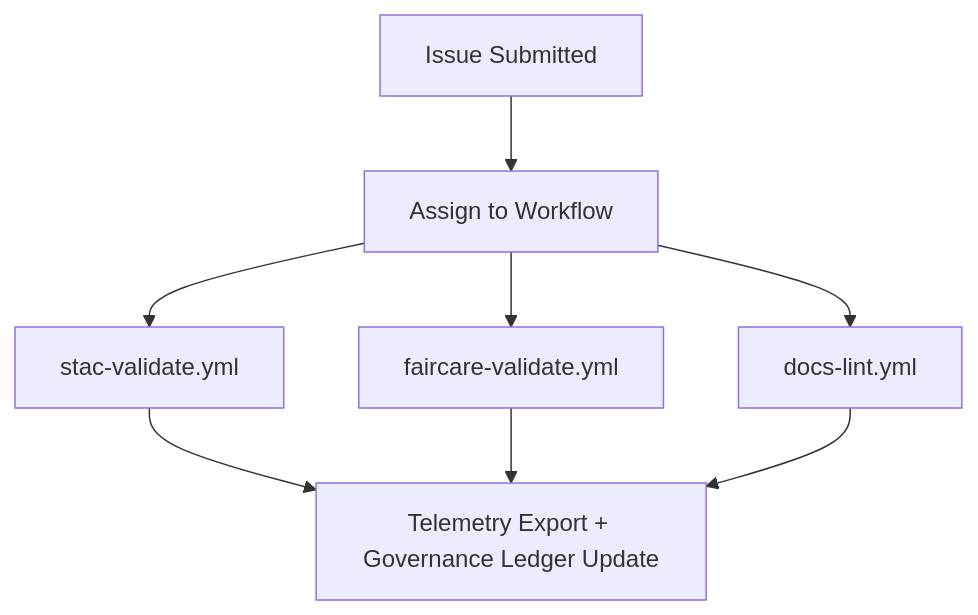
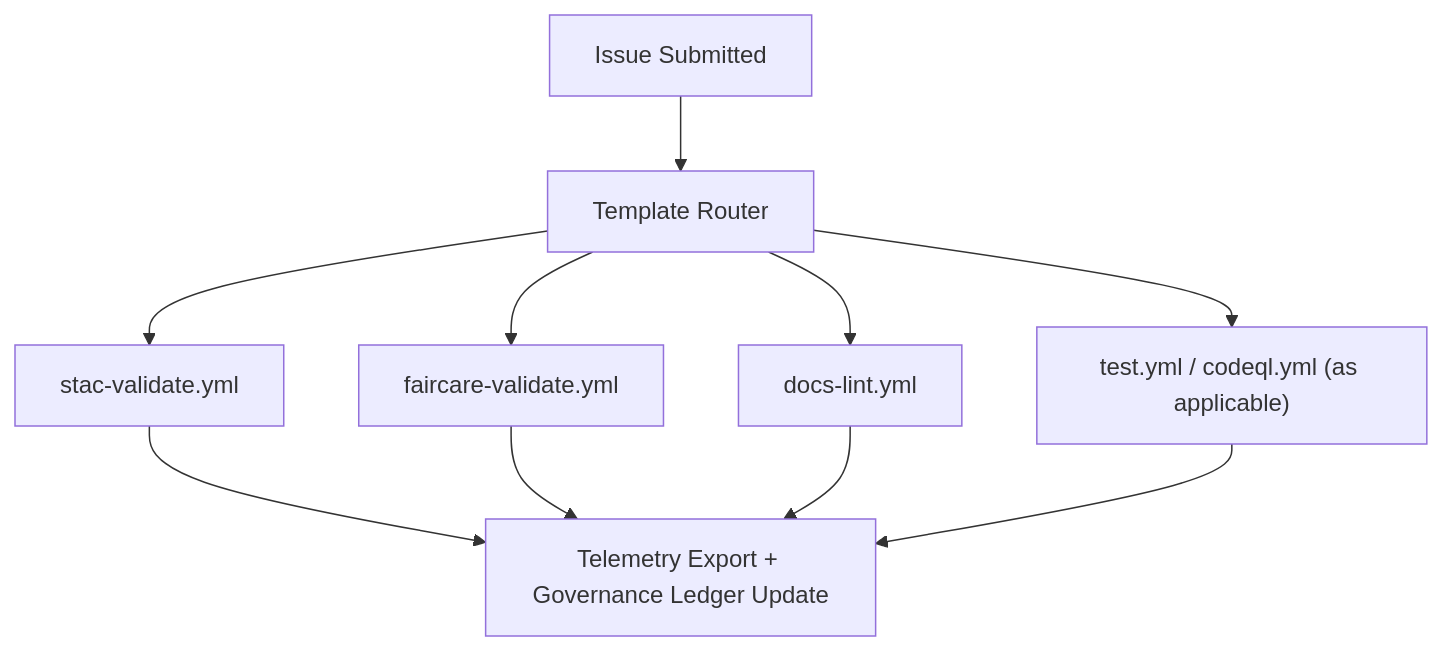
One commit to bartytime4life/Kansas-Frontier-Matrix changed the diagram in .github/ISSUE_TEMPLATE/README.md. Above: the diagram before and after it, drawn with Mermaid. The commit also changed other lines of this file, not shown here.

````diff
--- a/.github/ISSUE_TEMPLATE/README.md
+++ b/.github/ISSUE_TEMPLATE/README.md
@@ -139,8 +136,9 @@
 ```mermaid
 flowchart TD
-A["Issue Submitted"] --> B["Assign to Workflow"]
+A["Issue Submitted"] --> B["Template Router"]
 B --> C["stac-validate.yml"]
 B --> D["faircare-validate.yml"]
 B --> E["docs-lint.yml"]
-C & D & E --> F["Telemetry Export + Governance Ledger Update"]
+B --> F["test.yml / codeql.yml (as applicable)"]
+C & D & E & F --> G["Telemetry Export + Governance Ledger Update"]
 ```
````
